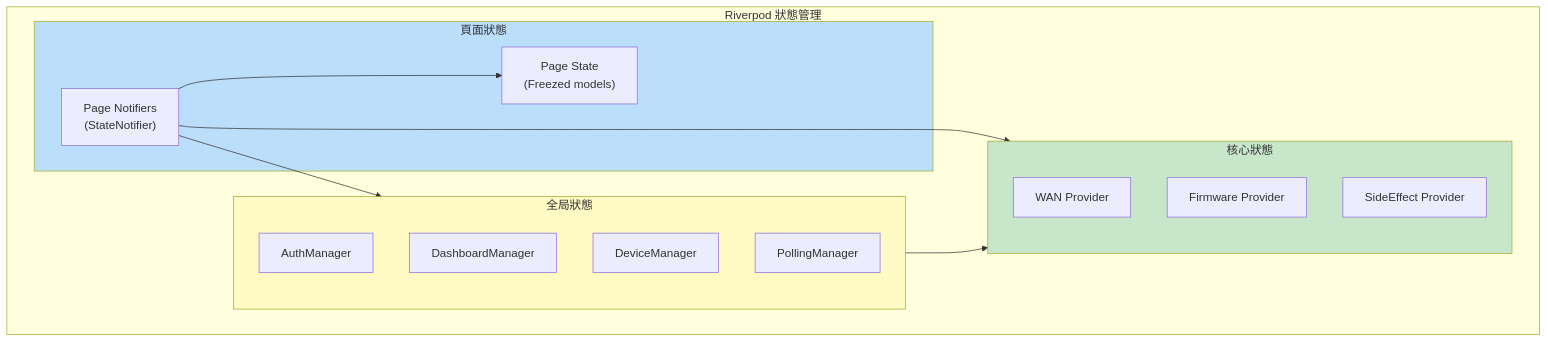
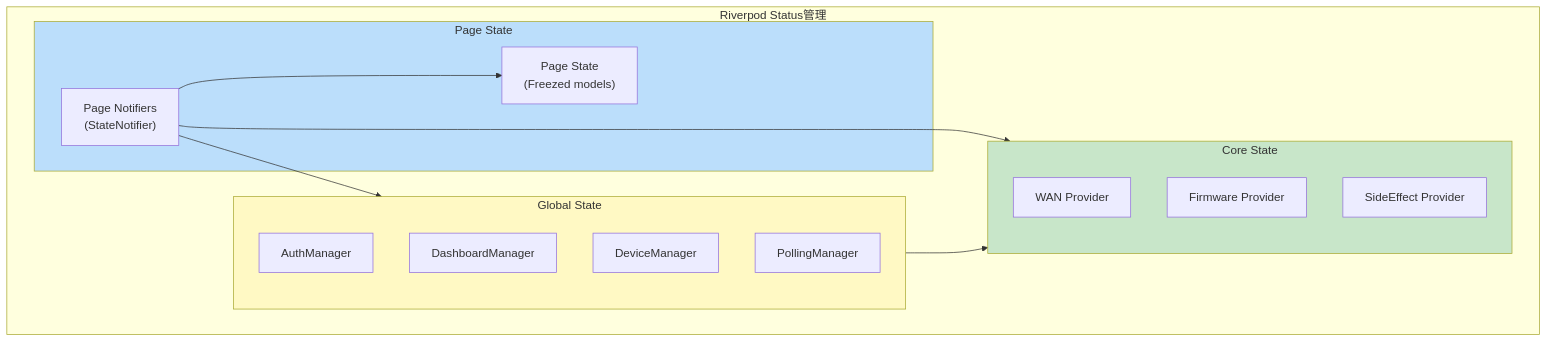
The eighth of 12 diagrams in doc/architecture_analysis_2026-01-16.md (linksys/PrivacyGUI), drawn with Mermaid before and after one commit. The commit also changed other lines of this file and 58 other files, not shown here.

````diff
--- a/doc/architecture_analysis_2026-01-16.md
+++ b/doc/architecture_analysis_2026-01-16.md
@@ -360,31 +360,31 @@
 ```mermaid
 graph TB
-    subgraph StateManagement["Riverpod 狀態管理"]
-        subgraph PageState["頁面狀態"]
+    subgraph StateManagement["Riverpod Status管理"]
+        subgraph PageState["Page State"]
             PN["Page Notifiers<br/>(StateNotifier)"]
             PS["Page State<br/>(Freezed models)"]
         end
         
-        subgraph GlobalState["全局狀態"]
+        subgraph GlobalState["Global State"]
             AM["AuthManager"]
             DM["DashboardManager"]
             DevM["DeviceManager"]
             PM["PollingManager"]
         end
         
-        subgraph CoreState["核心狀態"]
+        subgraph CoreState["Core State"]
             WAN["WAN Provider"]
             FW["Firmware Provider"]
             SE["SideEffect Provider"]
         end
     end
     
     PN --> PS
     PN --> GlobalState
     PN --> CoreState
     GlobalState --> CoreState
     
     style PageState fill:#bbdefb
     style GlobalState fill:#fff9c4
     style CoreState fill:#c8e6c9
 ```
````
